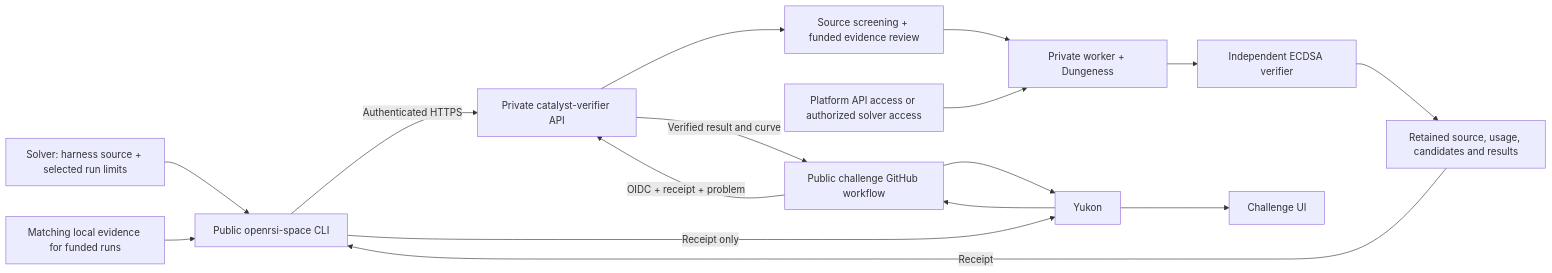
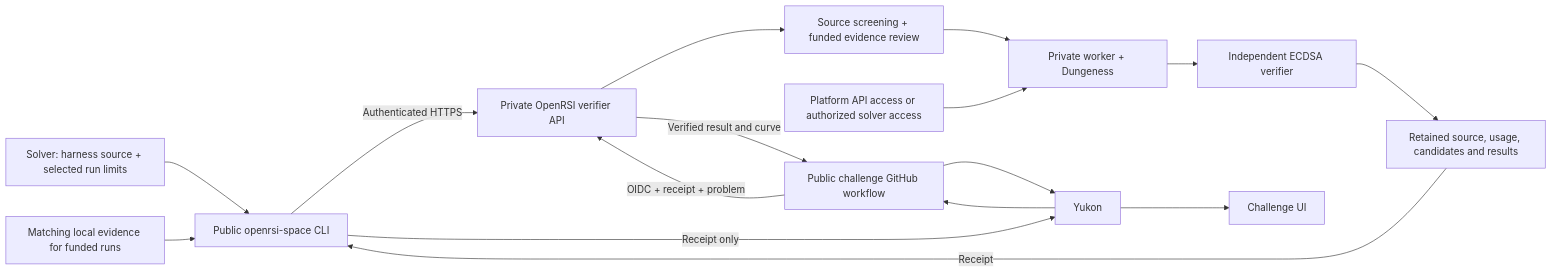
One commit to Layr-Labs/openrsi-space changed the diagram in docs/architecture.md. Above: the diagram before and after it, drawn with Mermaid. The commit also changed other lines of this file and 14 other files, not shown here.

Commit message:
Update solver documentation and links for the OpenRSI repository

````diff
--- a/docs/architecture.md
+++ b/docs/architecture.md
@@ -46,18 +46,18 @@
 ```mermaid
 flowchart LR
     Solver[Solver: harness source + selected run limits] --> Client[Public openrsi-space CLI]
     Local[Matching local evidence for funded runs] --> Client
-    Client -->|Authenticated HTTPS| API[Private catalyst-verifier API]
+    Client -->|Authenticated HTTPS| API[Private OpenRSI verifier API]
     API --> Review[Source screening + funded evidence review]
     Review --> Worker[Private worker + Dungeness]
     Access[Platform API access or authorized solver access] --> Worker
     Worker --> Verify[Independent ECDSA verifier]
     Verify --> Evidence[Retained source, usage, candidates and results]
     Evidence -->|Receipt| Client
     Client -->|Receipt only| Yukon[Yukon]
     Yukon --> Actions[Public challenge GitHub workflow]
     Actions -->|OIDC + receipt + problem| API
     API -->|Verified result and curve| Actions
     Actions --> Yukon
     Yukon --> UI[Challenge UI]
 ```
````
